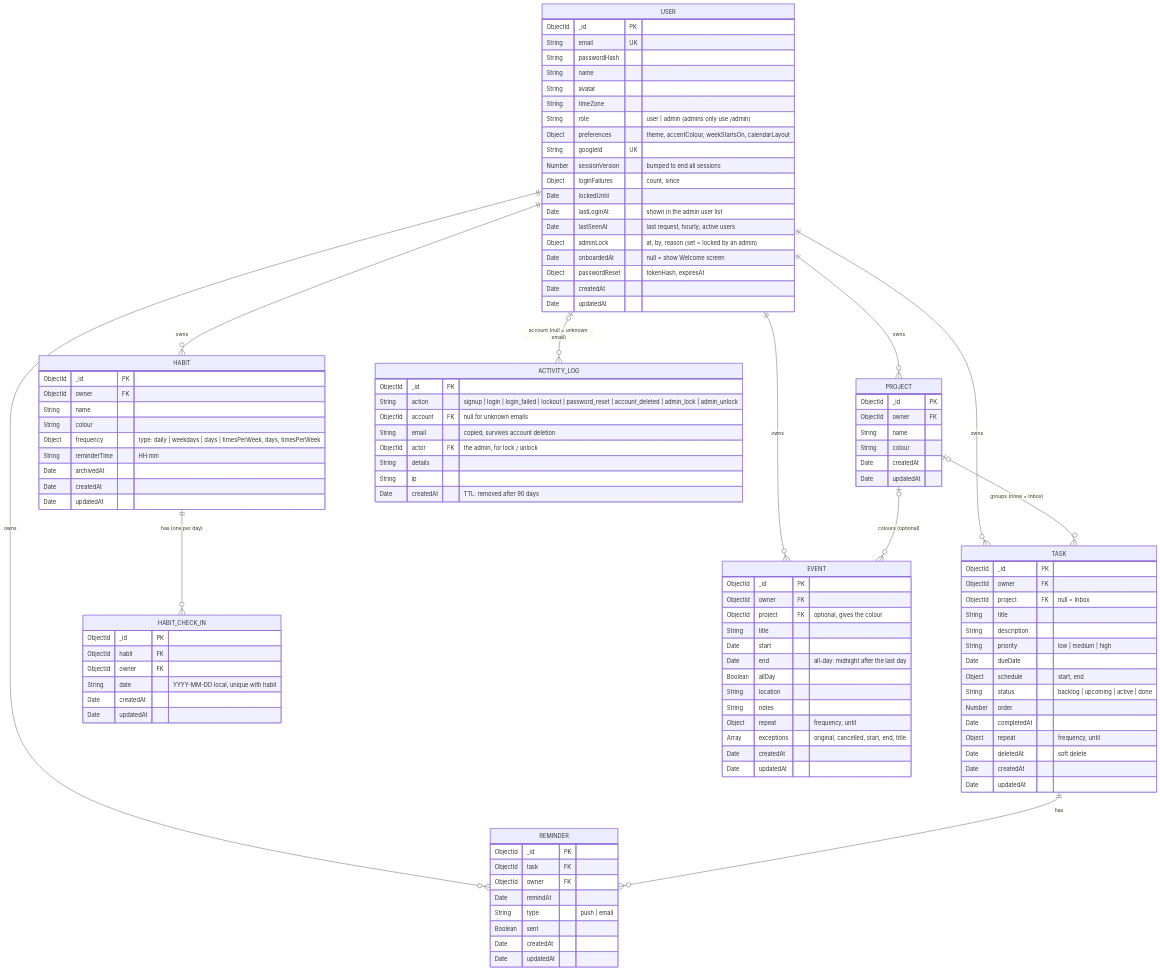
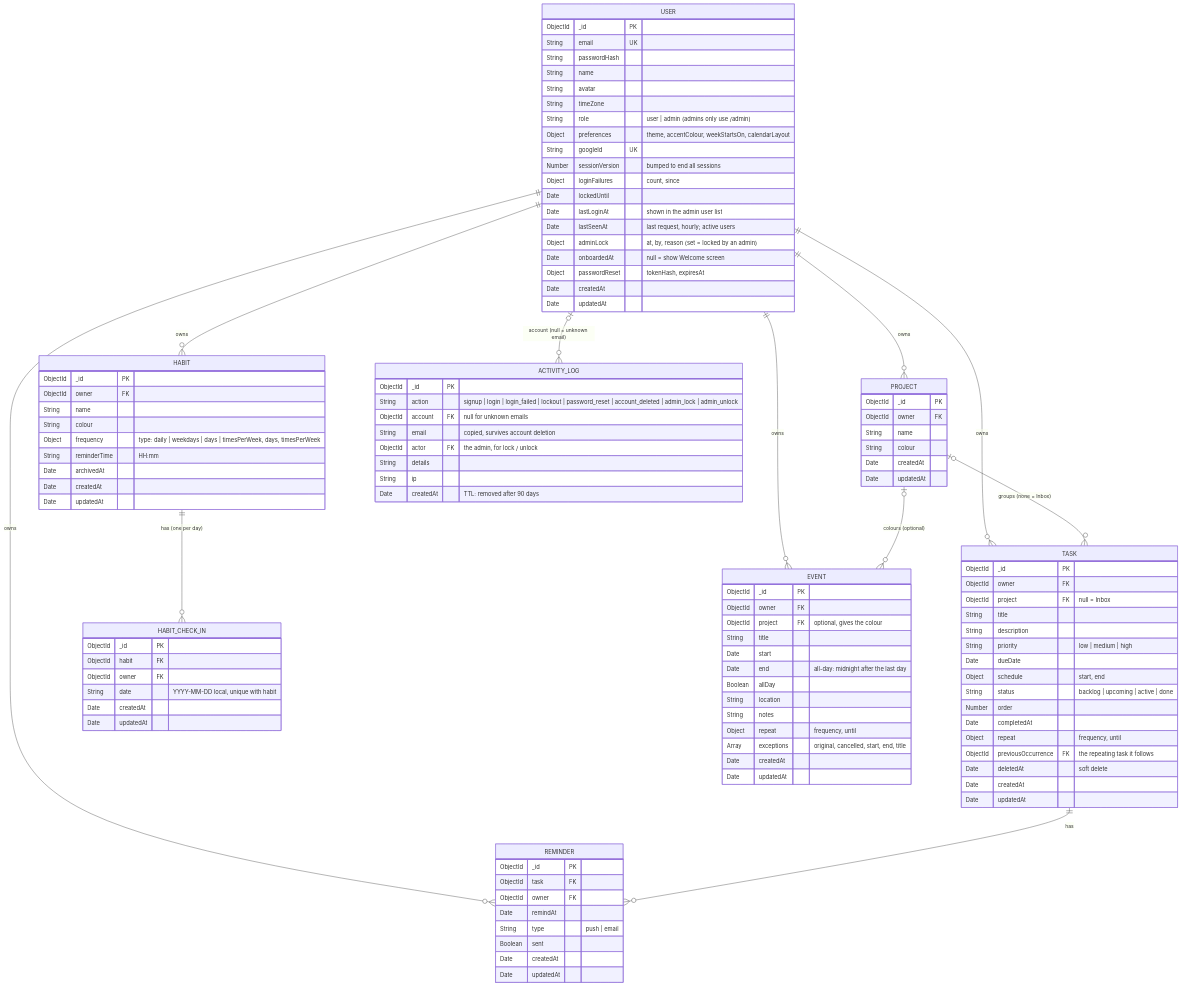
One commit to khang-ngo4444/VCD_Agendal changed the diagram in docs/erd.mmd. Above: the diagram before and after it, drawn with Mermaid. The commit also changed 5 other files, not shown here.

Commit message:
Create the next occurrence when a repeating task is completed

```diff
--- a/docs/erd.mmd
+++ b/docs/erd.mmd
@@ -1,114 +1,115 @@
 %% Source for docs/erd.png. Re-render after editing:
 %% npx -y @mermaid-js/mermaid-cli -i docs/erd.mmd -o docs/erd.png -b white -s 2
 erDiagram
     USER ||--o{ PROJECT : owns
     USER ||--o{ TASK : owns
     USER ||--o{ REMINDER : owns
     PROJECT |o--o{ TASK : "groups (none = Inbox)"
     TASK ||--o{ REMINDER : has
     USER ||--o{ HABIT : owns
     HABIT ||--o{ HABIT_CHECK_IN : "has (one per day)"
     USER |o--o{ ACTIVITY_LOG : "account (null = unknown email)"
     USER ||--o{ EVENT : owns
     PROJECT |o--o{ EVENT : "colours (optional)"
 
     USER {
         ObjectId _id PK
         String email UK
         String passwordHash
         String name
         String avatar
         String timeZone
         String role "user | admin (admins only use /admin)"
         Object preferences "theme, accentColour, weekStartsOn, calendarLayout"
         String googleId UK
         Number sessionVersion "bumped to end all sessions"
         Object loginFailures "count, since"
         Date lockedUntil
         Date lastLoginAt "shown in the admin user list"
         Date lastSeenAt "last request, hourly; active users"
         Object adminLock "at, by, reason (set = locked by an admin)"
         Date onboardedAt "null = show Welcome screen"
         Object passwordReset "tokenHash, expiresAt"
         Date createdAt
         Date updatedAt
     }
     PROJECT {
         ObjectId _id PK
         ObjectId owner FK
         String name
         String colour
         Date createdAt
         Date updatedAt
     }
     TASK {
         ObjectId _id PK
         ObjectId owner FK
         ObjectId project FK "null = Inbox"
         String title
         String description
         String priority "low | medium | high"
         Date dueDate
         Object schedule "start, end"
         String status "backlog | upcoming | active | done"
         Number order
         Date completedAt
         Object repeat "frequency, until"
+        ObjectId previousOccurrence FK "the repeating task it follows"
         Date deletedAt "soft delete"
         Date createdAt
         Date updatedAt
     }
     REMINDER {
         ObjectId _id PK
         ObjectId task FK
         ObjectId owner FK
         Date remindAt
         String type "push | email"
         Boolean sent
         Date createdAt
         Date updatedAt
     }
     HABIT {
         ObjectId _id PK
         ObjectId owner FK
         String name
         String colour
         Object frequency "type: daily | weekdays | days | timesPerWeek, days, timesPerWeek"
         String reminderTime "HH:mm"
         Date archivedAt
         Date createdAt
         Date updatedAt
     }
     HABIT_CHECK_IN {
         ObjectId _id PK
         ObjectId habit FK
         ObjectId owner FK
         String date "YYYY-MM-DD local, unique with habit"
         Date createdAt
         Date updatedAt
     }
     EVENT {
         ObjectId _id PK
         ObjectId owner FK
         ObjectId project FK "optional, gives the colour"
         String title
         Date start
         Date end "all-day: midnight after the last day"
         Boolean allDay
         String location
         String notes
         Object repeat "frequency, until"
         Array exceptions "original, cancelled, start, end, title"
         Date createdAt
         Date updatedAt
     }
     ACTIVITY_LOG {
         ObjectId _id PK
         String action "signup | login | login_failed | lockout | password_reset | account_deleted | admin_lock | admin_unlock"
         ObjectId account FK "null for unknown emails"
         String email "copied, survives account deletion"
         ObjectId actor FK "the admin, for lock / unlock"
         String details
         String ip
         Date createdAt "TTL: removed after 90 days"
     }
```
